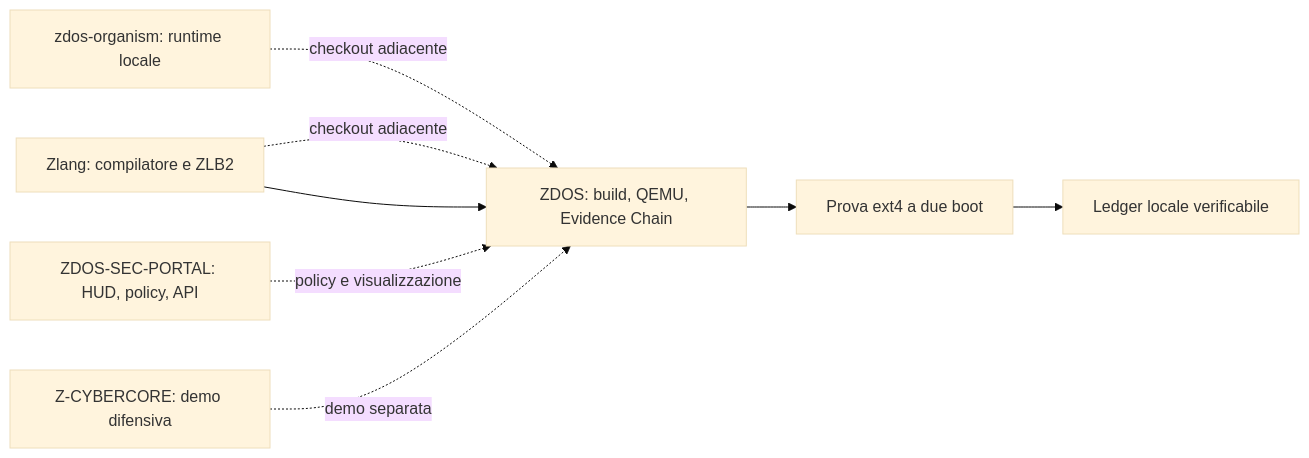
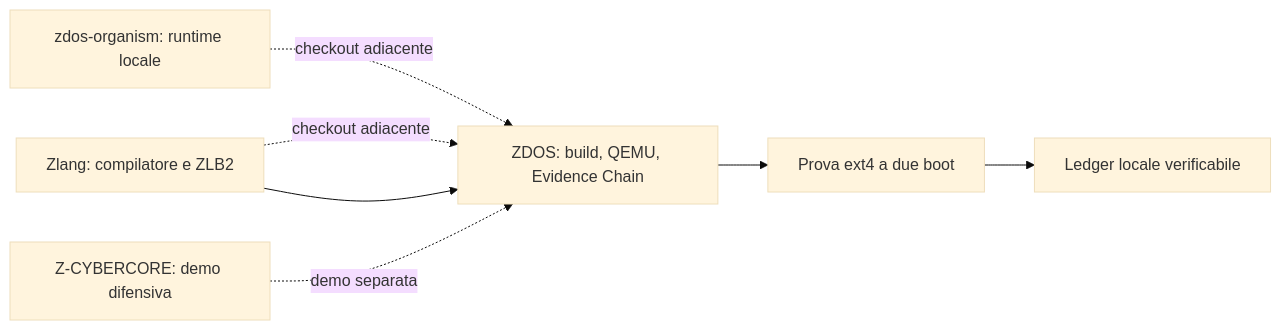
Before and after one commit to high-cde/ZDOS: the diagram in docs/MICROCOSM.md, drawn with Mermaid (base theme). The commit also changed other lines of this file and 12 other files, not shown here.

Commit message:
Remove SEC Portal ecosystem wiring

````diff
--- a/docs/MICROCOSM.md
+++ b/docs/MICROCOSM.md
@@ -9,17 +9,15 @@
 ```mermaid
 flowchart LR
     ZD[ZDOS: build, QEMU, Evidence Chain]
     ZL[Zlang: compilatore e ZLB2]
     ORG[zdos-organism: runtime locale]
-    SEC[ZDOS-SEC-PORTAL: HUD, policy, API]
     CY[Z-CYBERCORE: demo difensiva]
     PS[Prova ext4 a due boot]
     LE[Ledger locale verificabile]
 
     ZL -. checkout adiacente .-> ZD
     ORG -. checkout adiacente .-> ZD
-    SEC -. policy e visualizzazione .-> ZD
     CY -. demo separata .-> ZD
     ZD --> PS --> LE
     ZL --> ZD
 ```
````
